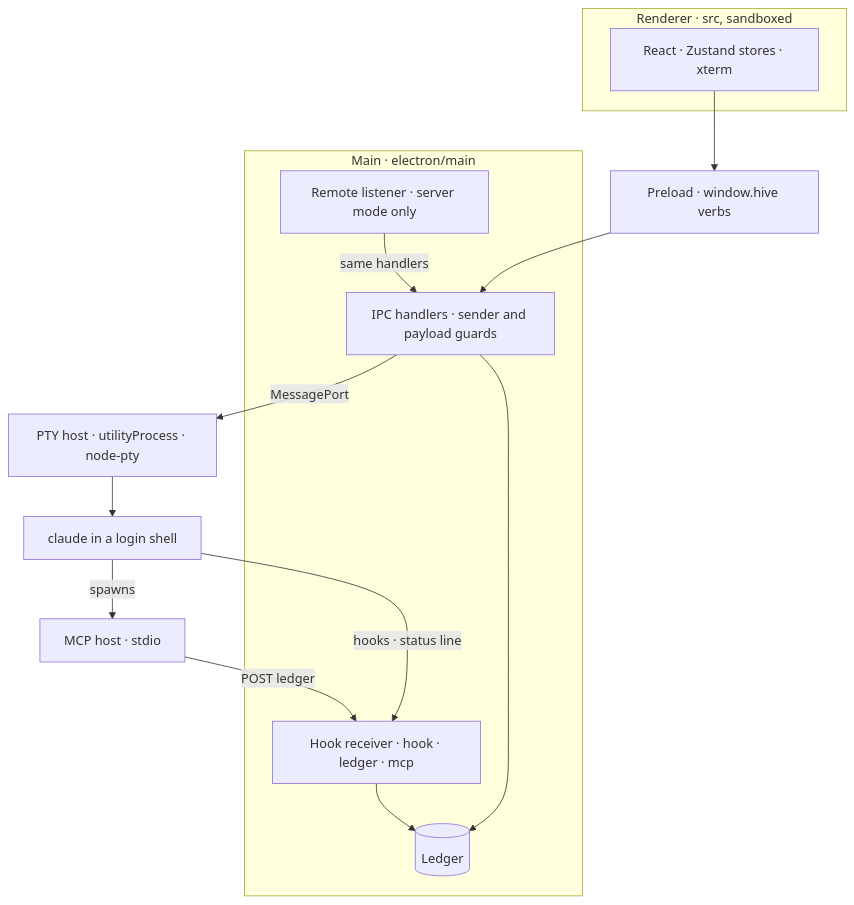
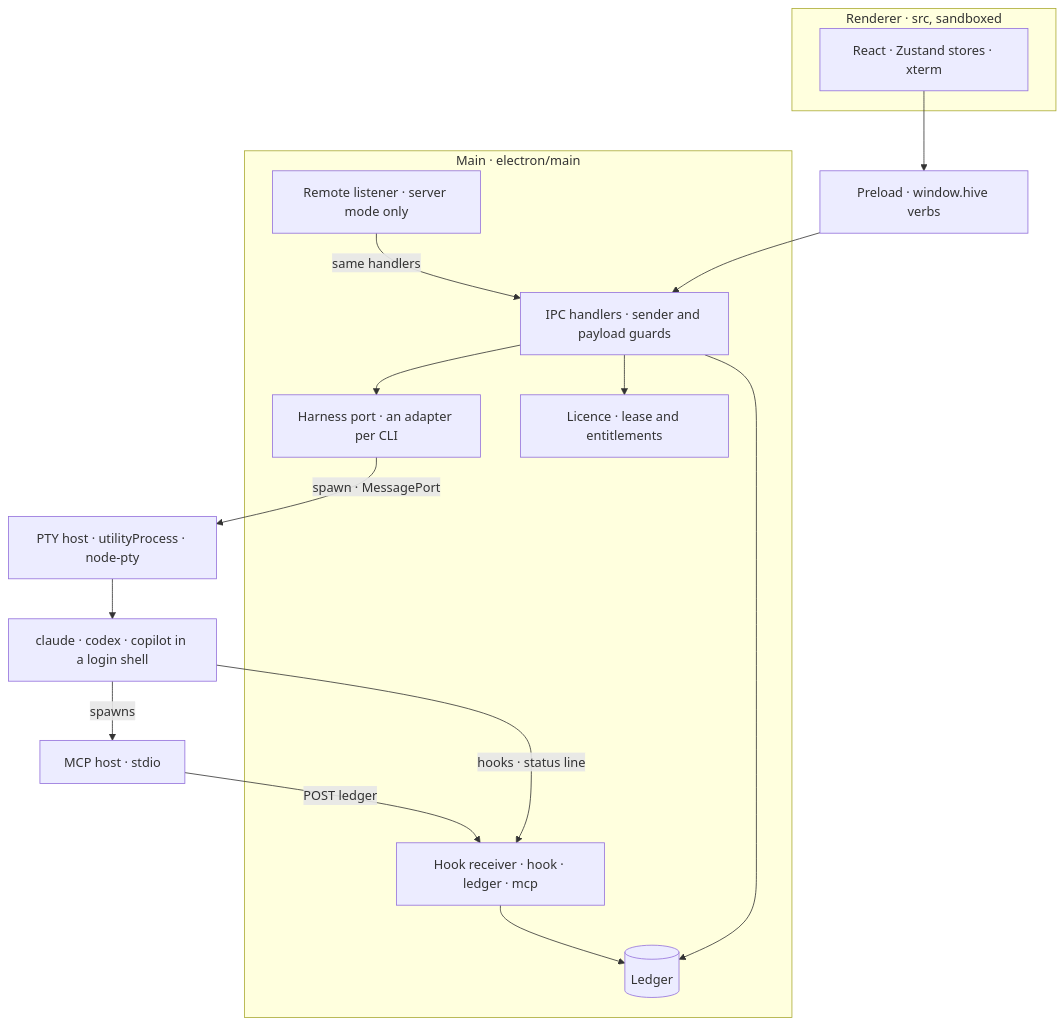
The diagram in docs/assets/diagrams/processes.mmd (behiques/hivetty), drawn with Mermaid before and after one commit. The commit also changed 67 other files, not shown here.

First line of the commit message:
HiveTTY Pro: proprietary licence, multi-CLI docs, retaken images (#254)

```diff
--- a/docs/assets/diagrams/processes.mmd
+++ b/docs/assets/diagrams/processes.mmd
@@ -1,24 +1,28 @@
 flowchart TB
   subgraph renderer [Renderer · src, sandboxed]
     ui[React · Zustand stores · xterm]
   end
   pre[Preload · window.hive verbs]
   subgraph mainp [Main · electron/main]
     ipc[IPC handlers · sender and payload guards]
+    hp[Harness port · an adapter per CLI]
+    lic[Licence · lease and entitlements]
     rcv[Hook receiver · hook · ledger · mcp]
     led[(Ledger)]
     rh[Remote listener · server mode only]
   end
   pty[PTY host · utilityProcess · node-pty]
-  cl[claude in a login shell]
+  cl[claude · codex · copilot in a login shell]
   mcp[MCP host · stdio]
   ui --> pre
   pre --> ipc
-  ipc -->|MessagePort| pty
+  ipc --> hp
+  hp -->|spawn · MessagePort| pty
+  ipc --> lic
   pty --> cl
   cl -->|hooks · status line| rcv
   cl -->|spawns| mcp
   mcp -->|POST ledger| rcv
   rcv --> led
   ipc --> led
   rh -->|same handlers| ipc
```
